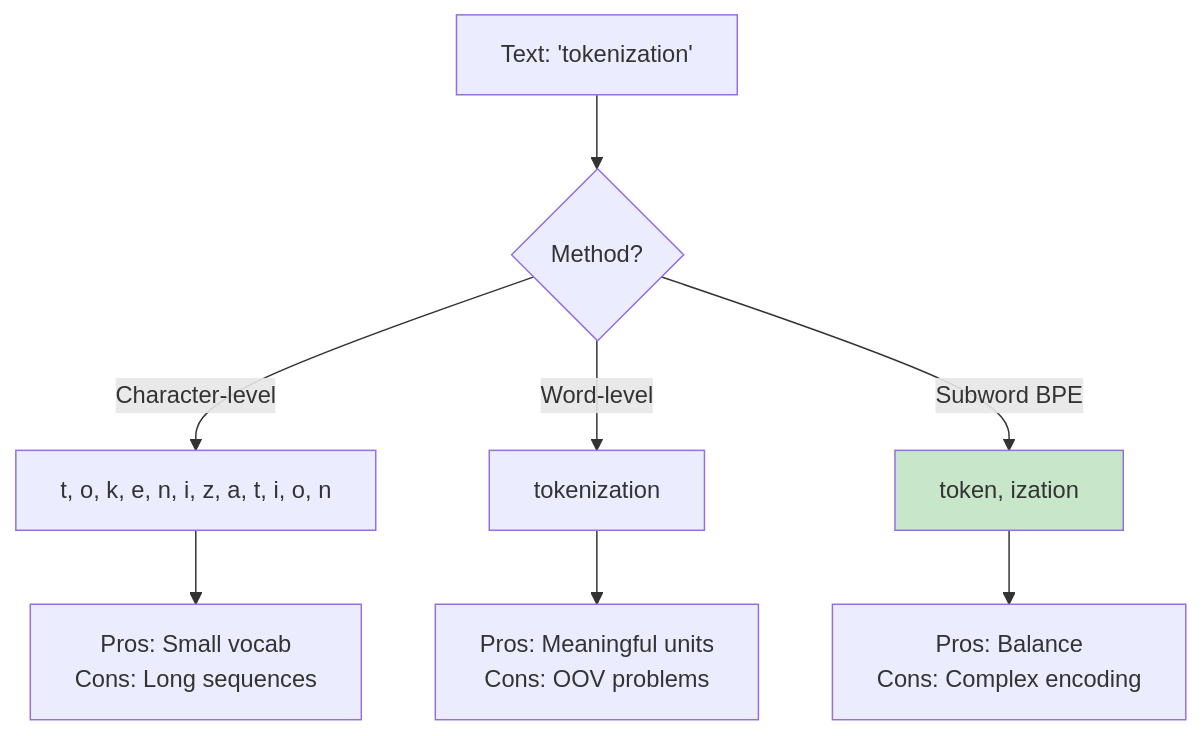
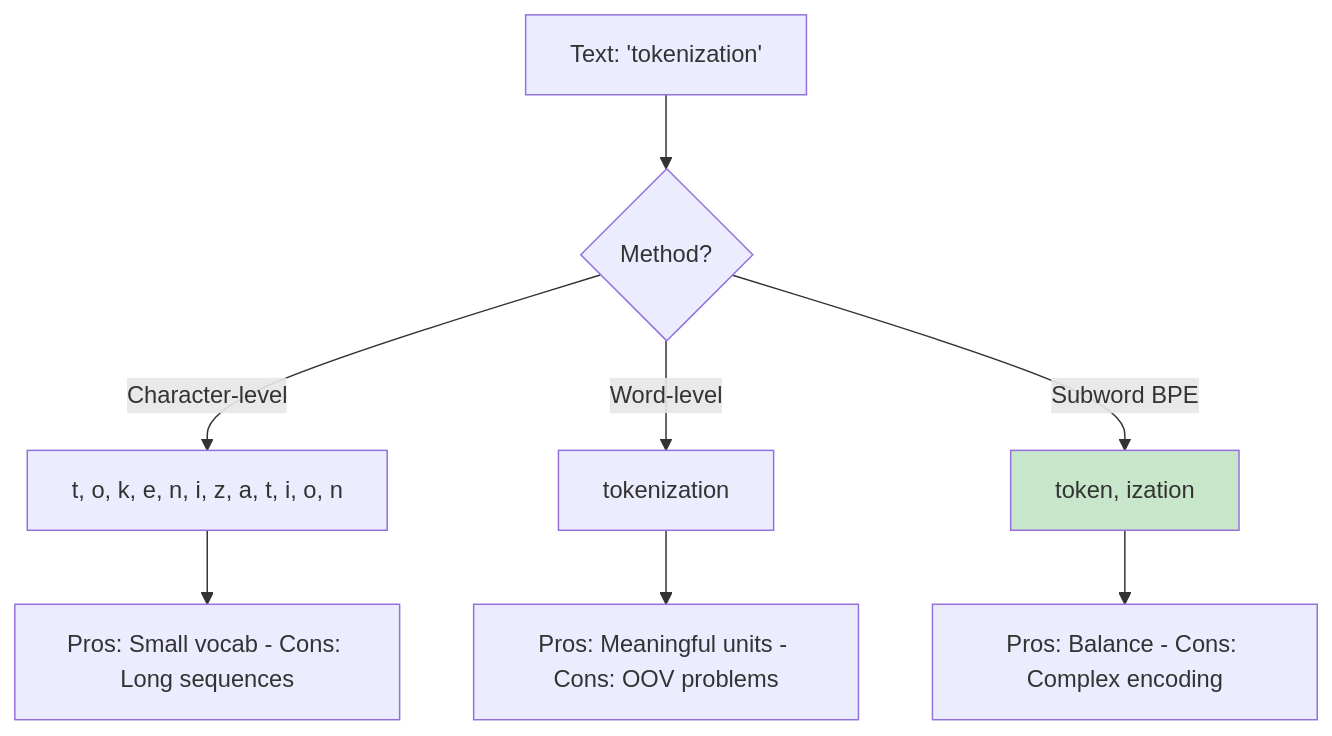
One commit to indhra/llm_rag_sec_findings changed the eighth of 9 diagrams in docs/learning/01-llm-fundamentals.md. Above: the diagram before and after it, drawn with Mermaid. The commit also changed other lines of this file and 9 other files, not shown here.

````diff
--- a/docs/learning/01-llm-fundamentals.md
+++ b/docs/learning/01-llm-fundamentals.md
@@ -266,14 +266,14 @@
 ```mermaid
 graph TD
     T[Text: 'tokenization'] --> M{Method?}
     
     M -->|Character-level| C1[t, o, k, e, n, i, z, a, t, i, o, n]
     M -->|Word-level| W1[tokenization]
     M -->|Subword BPE| S1[token, ization]
     
-    C1 --> CP[Pros: Small vocab<br/>Cons: Long sequences]
-    W1 --> WP[Pros: Meaningful units<br/>Cons: OOV problems]
-    S1 --> SP[Pros: Balance<br/>Cons: Complex encoding]
+    C1 --> CP[Pros: Small vocab - Cons: Long sequences]
+    W1 --> WP[Pros: Meaningful units - Cons: OOV problems]
+    S1 --> SP[Pros: Balance - Cons: Complex encoding]
     
     style S1 fill:#c8e6c9
 ```
````
